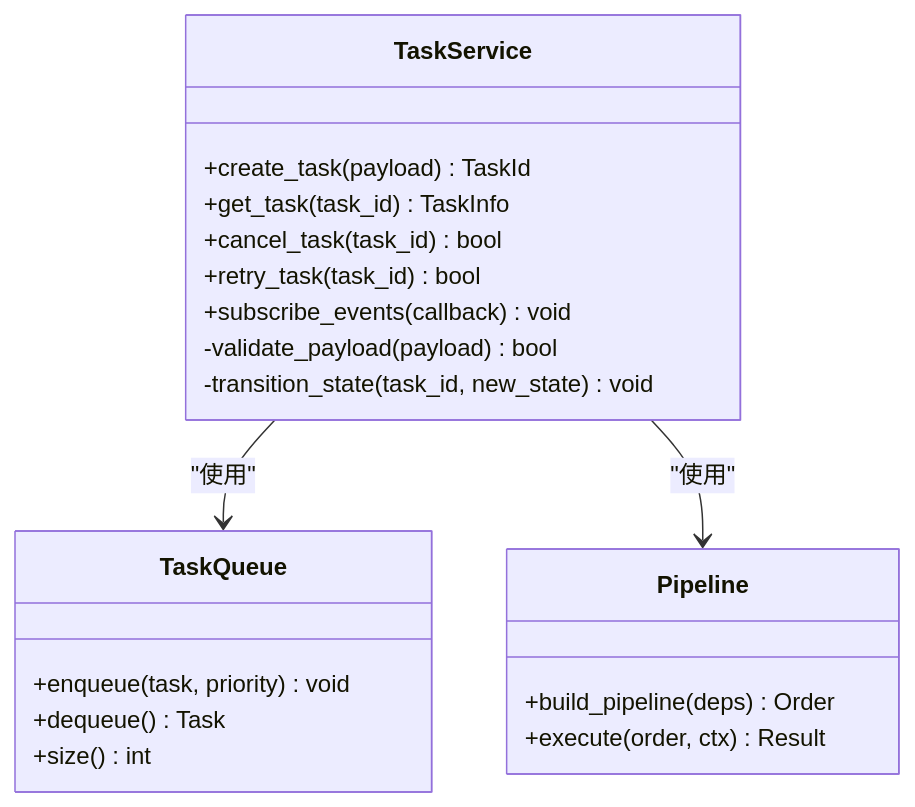
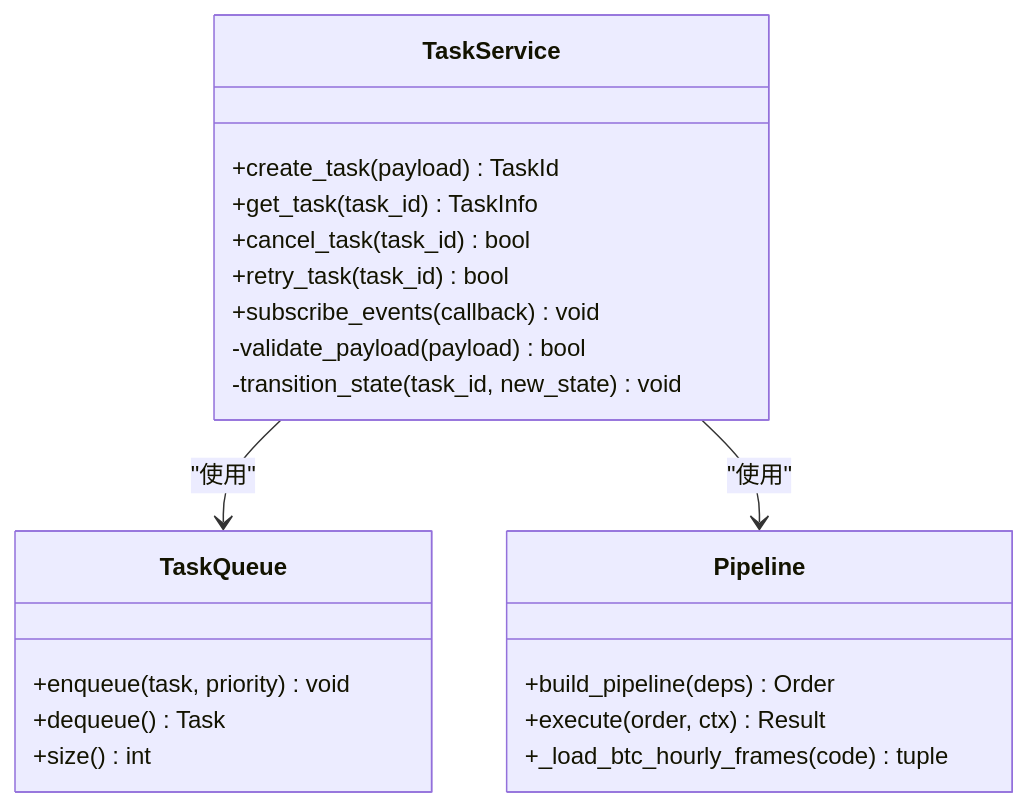
Before and after one commit to anYaoooo/daily_stock_analysis: the fourth of 6 diagrams in .qoder/repowiki/zh/content/交易策略系统/执行引擎/管道执行器.md, drawn with Mermaid. The commit also changed other lines of this file and 140 other files, not shown here.

````diff
--- a/.qoder/repowiki/zh/content/交易策略系统/执行引擎/管道执行器.md
+++ b/.qoder/repowiki/zh/content/交易策略系统/执行引擎/管道执行器.md
@@ -177,23 +210,24 @@
 ```mermaid
 classDiagram
 class TaskService {
 +create_task(payload) TaskId
 +get_task(task_id) TaskInfo
 +cancel_task(task_id) bool
 +retry_task(task_id) bool
 +subscribe_events(callback) void
 -validate_payload(payload) bool
 -transition_state(task_id, new_state) void
 }
 class TaskQueue {
 +enqueue(task, priority) void
 +dequeue() Task
 +size() int
 }
 class Pipeline {
 +build_pipeline(deps) Order
 +execute(order, ctx) Result
++_load_btc_hourly_frames(code) tuple
 }
 TaskService --> TaskQueue : "使用"
 TaskService --> Pipeline : "使用"
 ```
````
